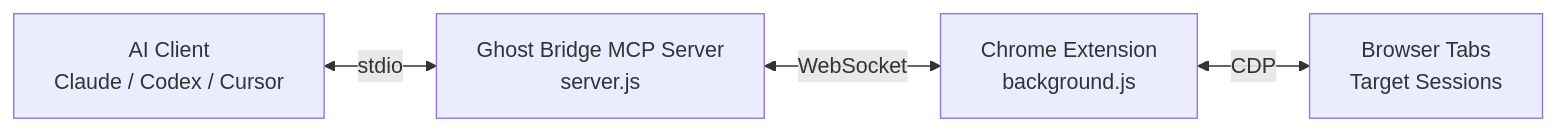
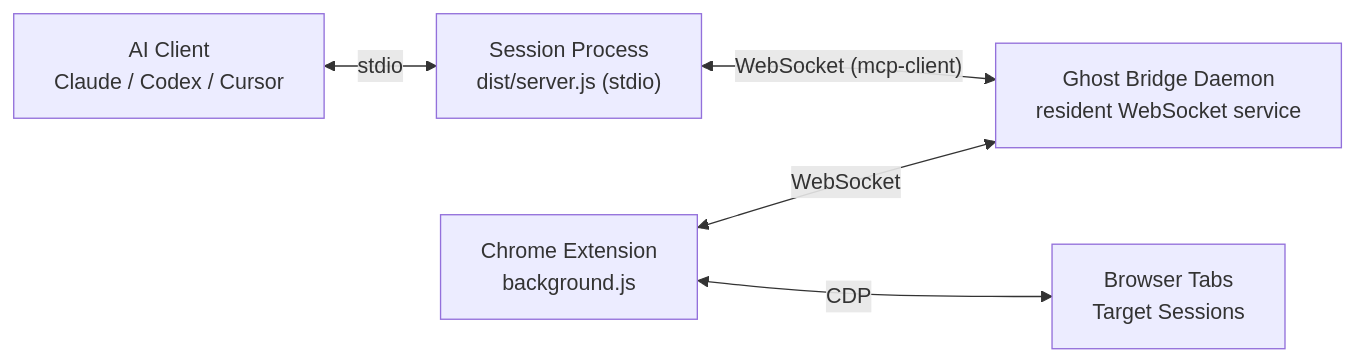
Before and after one commit to learnStop163/ghost-bridge: the diagram in README.md, drawn with Mermaid. The commit also changed other lines of this file and 4 other files, not shown here.

First line of the commit message:
feat: resident daemon architecture and session self-healing for v0.9.1

````diff
--- a/README.md
+++ b/README.md
@@ -147,11 +147,13 @@
 ```mermaid
 flowchart LR
     A["AI Client<br/>Claude / Codex / Cursor"]
-    B["Ghost Bridge MCP Server<br/>server.js"]
+    S["Session Process<br/>dist/server.js (stdio)"]
+    B["Ghost Bridge Daemon<br/>resident WebSocket service"]
     C["Chrome Extension<br/>background.js"]
     D["Browser Tabs<br/>Target Sessions"]
 
-    A <-->|"stdio"| B
-    B <-->|"WebSocket"| C
+    A <-->|"stdio"| S
+    S <-->|"WebSocket (mcp-client)"| B
+    C <-->|"WebSocket"| B
     C <-->|"CDP"| D
 ```
````
